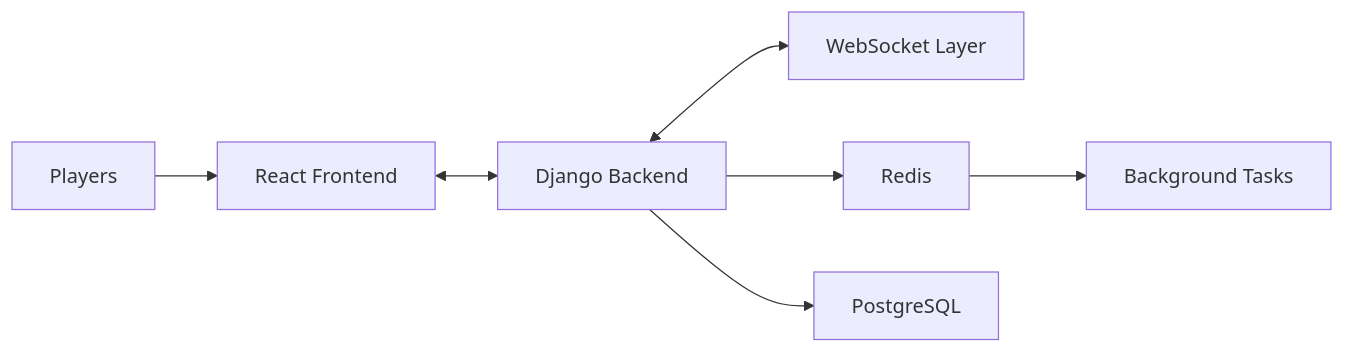
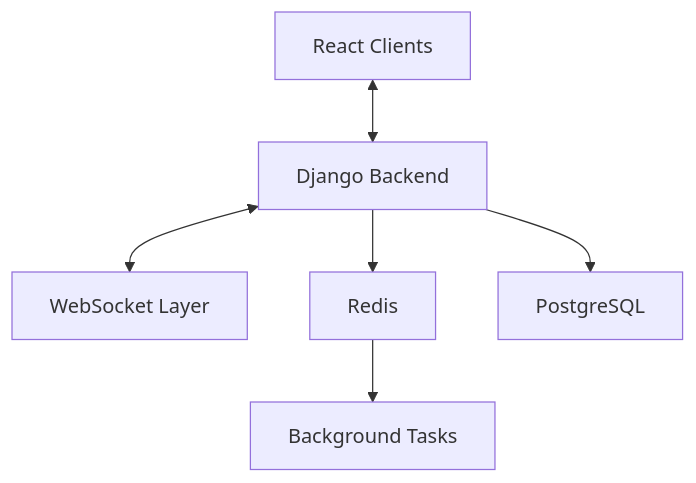
The second of 6 diagrams in README.md (heeraOp/heeraOp), drawn with Mermaid before and after one commit. The commit also changed other lines of this file, not shown here.

````diff
--- a/README.md
+++ b/README.md
@@ -68,9 +106,8 @@
 ```mermaid
-flowchart LR
-    A[Players] --> B[React Frontend]
-    B <--> C[Django Backend]
-    C <--> D[WebSocket Layer]
-    C --> E[Redis]
-    C --> F[PostgreSQL]
-    E --> G[Background Tasks]
+flowchart TD
+    A[React Clients] <--> B[Django Backend]
+    B <--> C[WebSocket Layer]
+    B --> D[Redis]
+    B --> E[PostgreSQL]
+    D --> F[Background Tasks]
 ```
````
